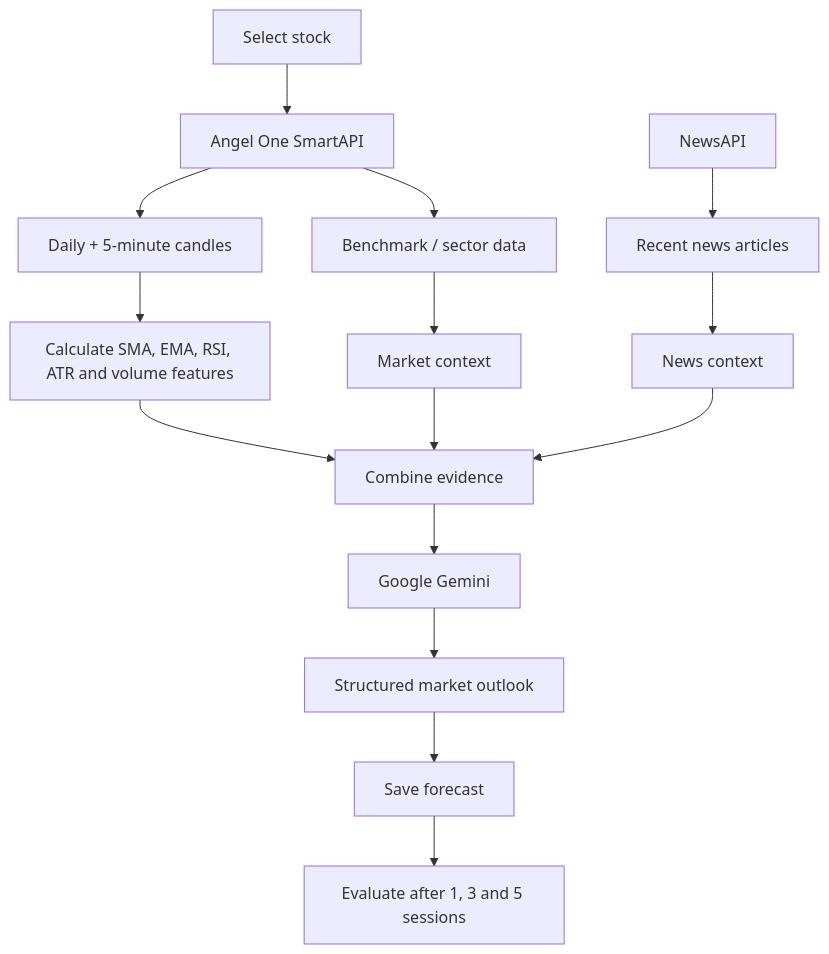
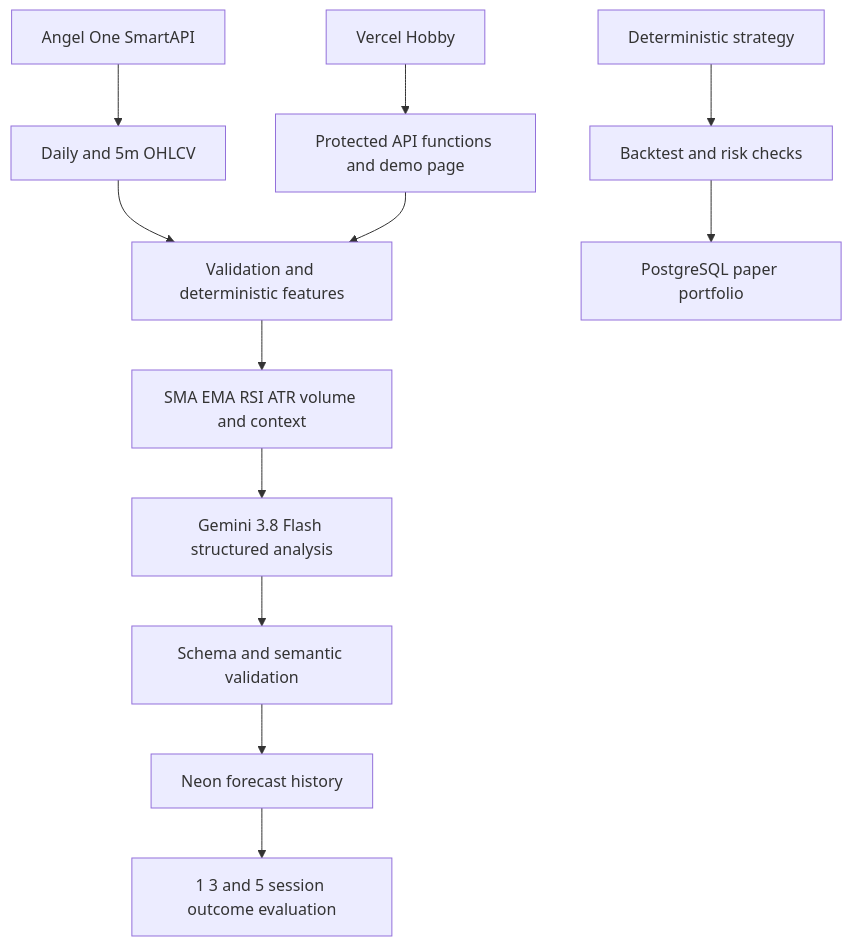
One commit to sarthakpande108/genai-trading-engine changed the diagram in README.md. Above: the diagram before and after it, drawn with Mermaid. The commit also changed other lines of this file, not shown here.

Commit message:
Document Vercel Gemini MVP architecture and setup

````diff
--- a/README.md
+++ b/README.md
@@ -17,17 +11,14 @@
 ```mermaid
 flowchart TD
-    A[Select stock] --> B[Angel One SmartAPI]
-    B --> C[Daily + 5-minute candles]
-    B --> D[Benchmark / sector data]
-    E[NewsAPI] --> F[Recent news articles]
-    C --> G[Calculate SMA, EMA, RSI, ATR and volume features]
-    D --> H[Market context]
-    F --> I[News context]
-    G --> J[Combine evidence]
-    H --> J
-    I --> J
-    J --> K[Google Gemini]
-    K --> L[Structured market outlook]
-    L --> M[Save forecast]
-    M --> N[Evaluate after 1, 3 and 5 sessions]
+  A[Angel One SmartAPI] --> B[Daily and 5m OHLCV]
+  B --> C[Validation and deterministic features]
+  C --> D[SMA EMA RSI ATR volume and context]
+  D --> E[Gemini 3.8 Flash structured analysis]
+  E --> F[Schema and semantic validation]
+  F --> G[Neon forecast history]
+  G --> H[1 3 and 5 session outcome evaluation]
+  I[Deterministic strategy] --> J[Backtest and risk checks]
+  J --> K[PostgreSQL paper portfolio]
+  L[Vercel Hobby] --> M[Protected API functions and demo page]
+  M --> C
 ```
````
